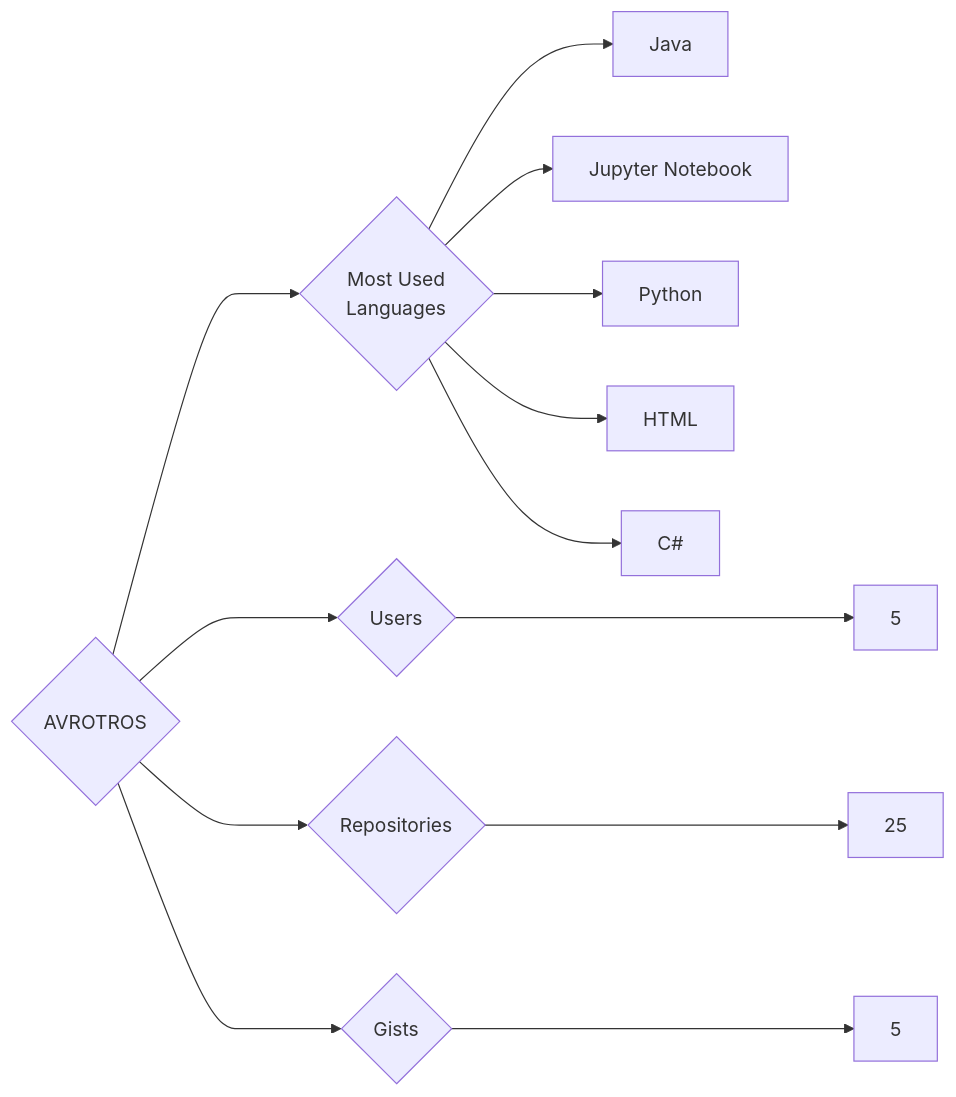
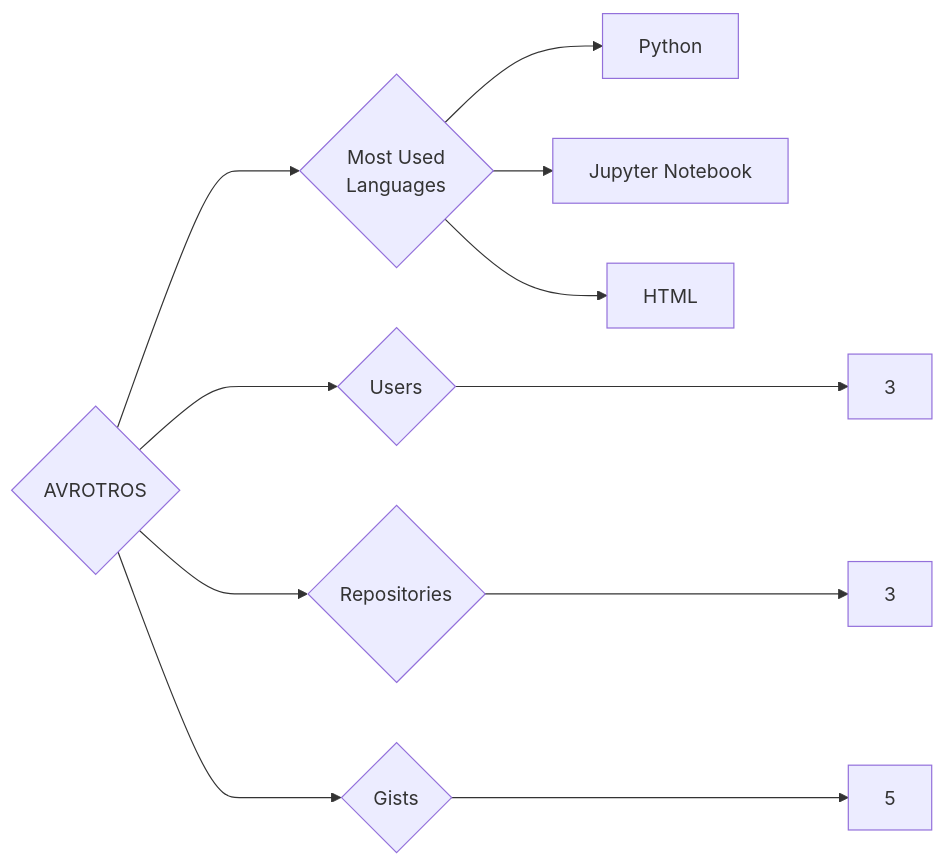
One commit to trickest/insiders changed the diagram in targets/AVROTROS/README.md. Above: the diagram before and after it, drawn with Mermaid. The commit also changed 657 other files, not shown here.

````diff
--- a/targets/AVROTROS/README.md
+++ b/targets/AVROTROS/README.md
@@ -3,13 +3,11 @@
 ```mermaid
 graph LR
 COMPANY_NAME{AVROTROS}
-COMPANY_NAME ---> U{Users} ---> UN[5]
-COMPANY_NAME ---> R{Repositories} ---> RN[25]
+COMPANY_NAME ---> U{Users} ---> UN[3]
+COMPANY_NAME ---> R{Repositories} ---> RN[3]
 COMPANY_NAME ---> G{Gists} ---> GN[5]
 COMPANY_NAME ---> ML{Most Used<br>Languages}
-ML --> Java[Java]
+ML --> Python[Python]
 ML --> Jupyter_Notebook[Jupyter Notebook]
-ML --> Python[Python]
 ML --> HTML[HTML]
-ML --> C#[C#]
 ```
````
